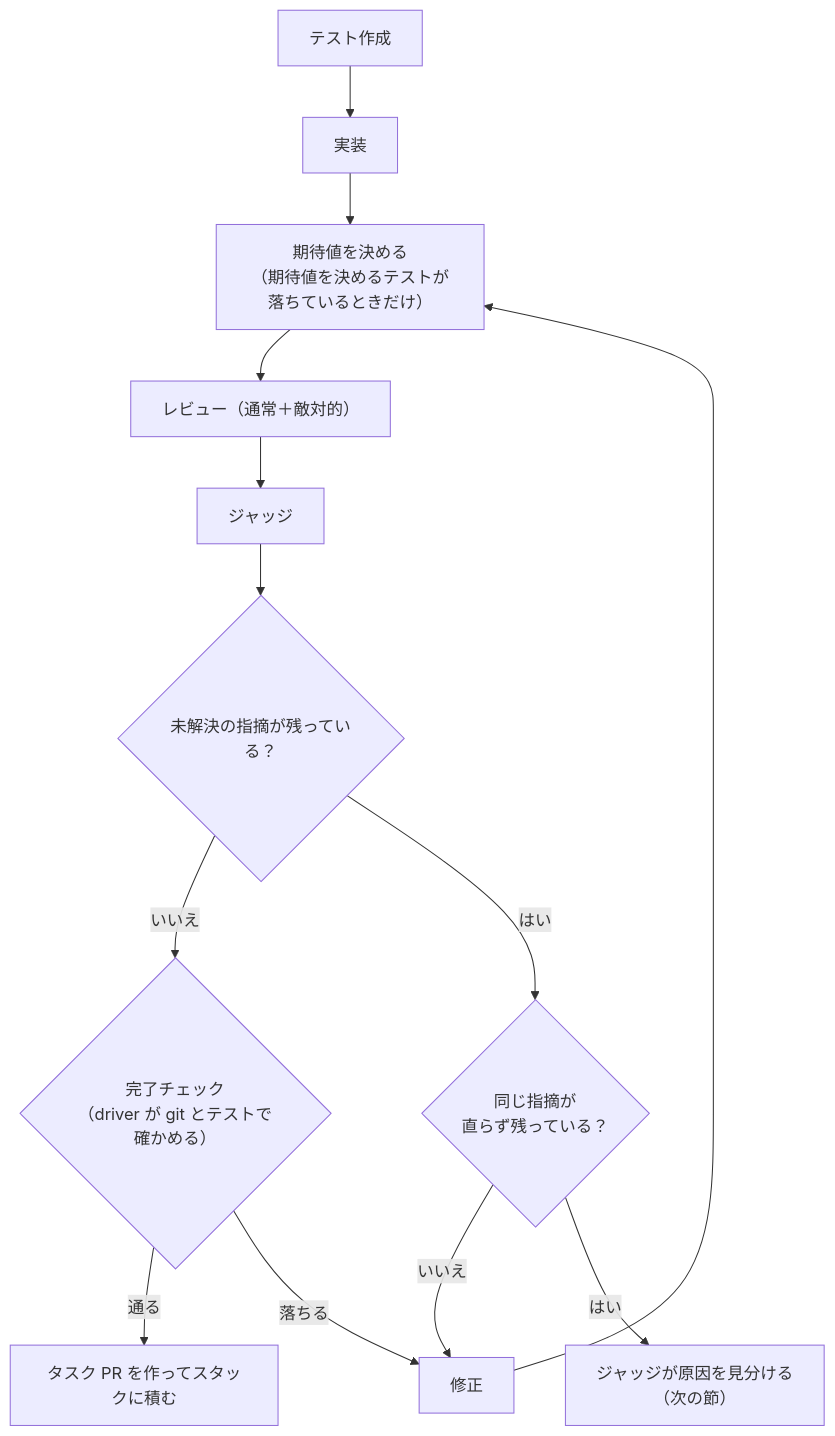
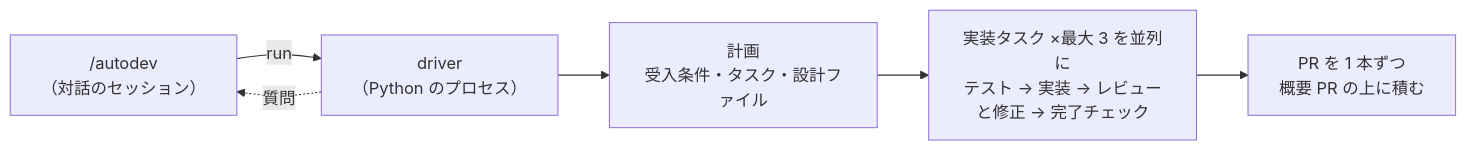
Before and after one commit to Luna-rab/dotfiles: the diagram in dist/dot-claude/skills/autodev/README.md, drawn with Mermaid. The commit also changed other lines of this file, not shown here.

First line of the commit message:
docs: autodev の README を、動きが分かる最低限に縮める

````diff
--- a/dist/dot-claude/skills/autodev/README.md
+++ b/dist/dot-claude/skills/autodev/README.md
@@ -60,13 +6,8 @@
 ```mermaid
-flowchart TD
-    tg["テスト作成"] --> impl["実装"] --> ex["期待値を決める<br/>（期待値を決めるテストが落ちているときだけ）"]
-    ex --> rv["レビュー（通常＋敵対的）"]
-    rv --> jd["ジャッジ"]
-    jd --> q{"未解決の指摘が残っている？"}
-    q -->|いいえ| gate{"完了チェック<br/>（driver が git とテストで確かめる）"}
-    q -->|はい| stuck{"同じ指摘が<br/>直らず残っている？"}
-    stuck -->|いいえ| fix["修正"] --> ex
-    stuck -->|はい| cause["ジャッジが原因を見分ける<br/>（次の節）"]
-    gate -->|通る| pr["タスク PR を作ってスタックに積む"]
-    gate -->|落ちる| fix
+flowchart LR
+    U["/autodev<br/>（対話のセッション）"] -->|"run"| D["driver<br/>（Python のプロセス）"]
+    D --> P["計画<br/>受入条件・タスク・設計ファイル"]
+    P --> T["実装タスク ×最大 3 を並列に<br/>テスト → 実装 → レビューと修正 → 完了チェック"]
+    T --> S["PR を 1 本ずつ<br/>概要 PR の上に積む"]
+    D -.->|"質問"| U
 ```
````
